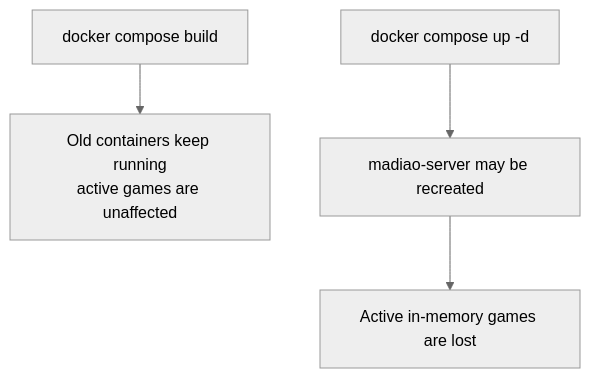
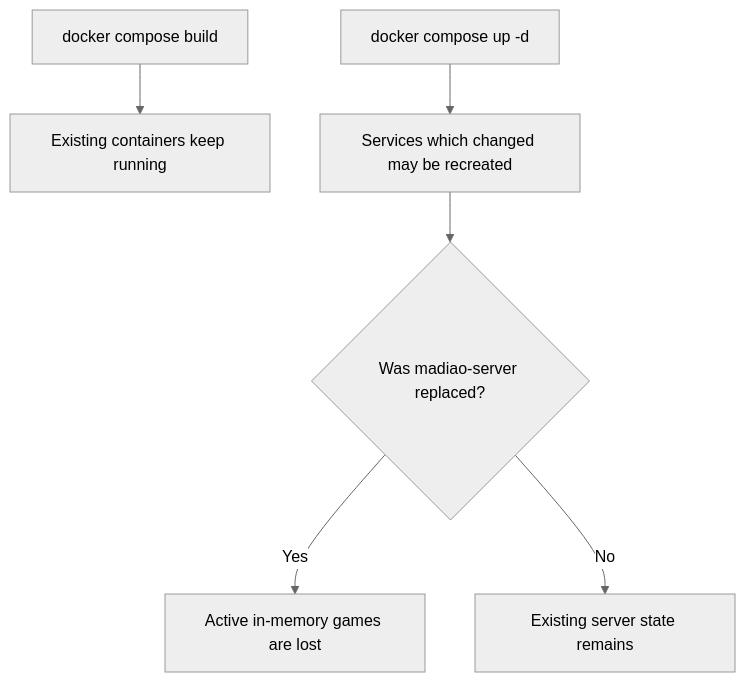
The second of 6 diagrams in docs/runbook/production-updates.md (Gearsik/madiao), drawn with Mermaid (neutral theme) before and after one commit. The commit also changed other lines of this file and 16 other files, not shown here.

````diff
--- a/docs/runbook/production-updates.md
+++ b/docs/runbook/production-updates.md
@@ -53,12 +68,16 @@
 ```mermaid
 flowchart TD
     Build["docker compose build"]
-    Safe["Old containers keep running<br/>active games are unaffected"]
+    Safe["Existing containers keep running"]
 
     Up["docker compose up -d"]
-    Replace["madiao-server may be recreated"]
+    Replace["Services which changed may be recreated"]
+    Server{"Was madiao-server replaced?"}
     Lost["Active in-memory games are lost"]
+    Keep["Existing server state remains"]
 
     Build --> Safe
-    Up --> Replace --> Lost
+    Up --> Replace --> Server
+    Server -->|"Yes"| Lost
+    Server -->|"No"| Keep
 ```
````
